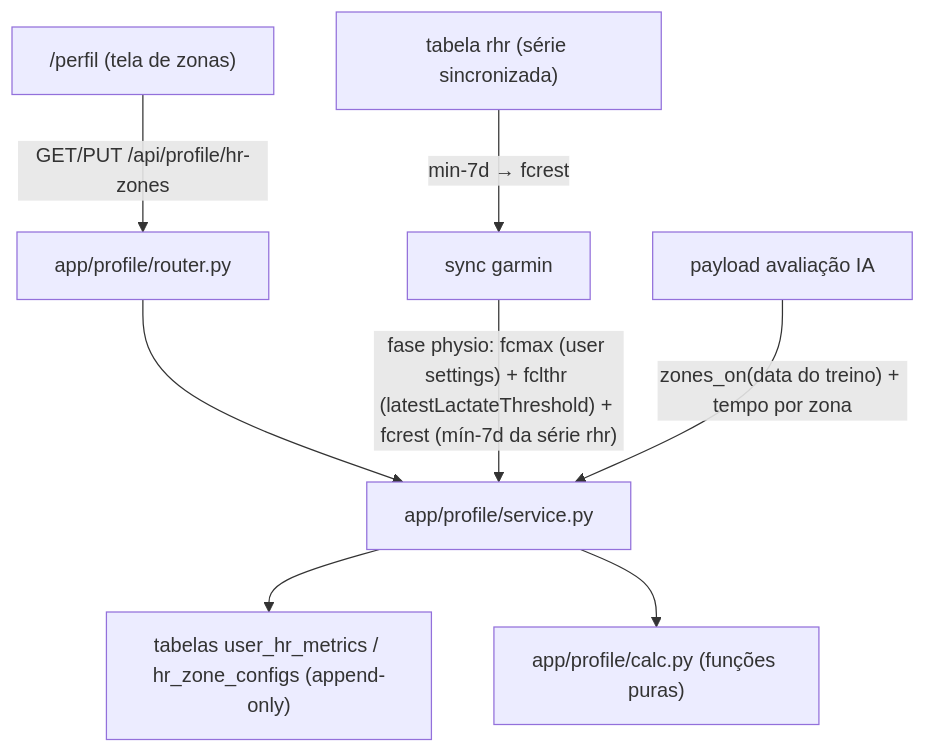
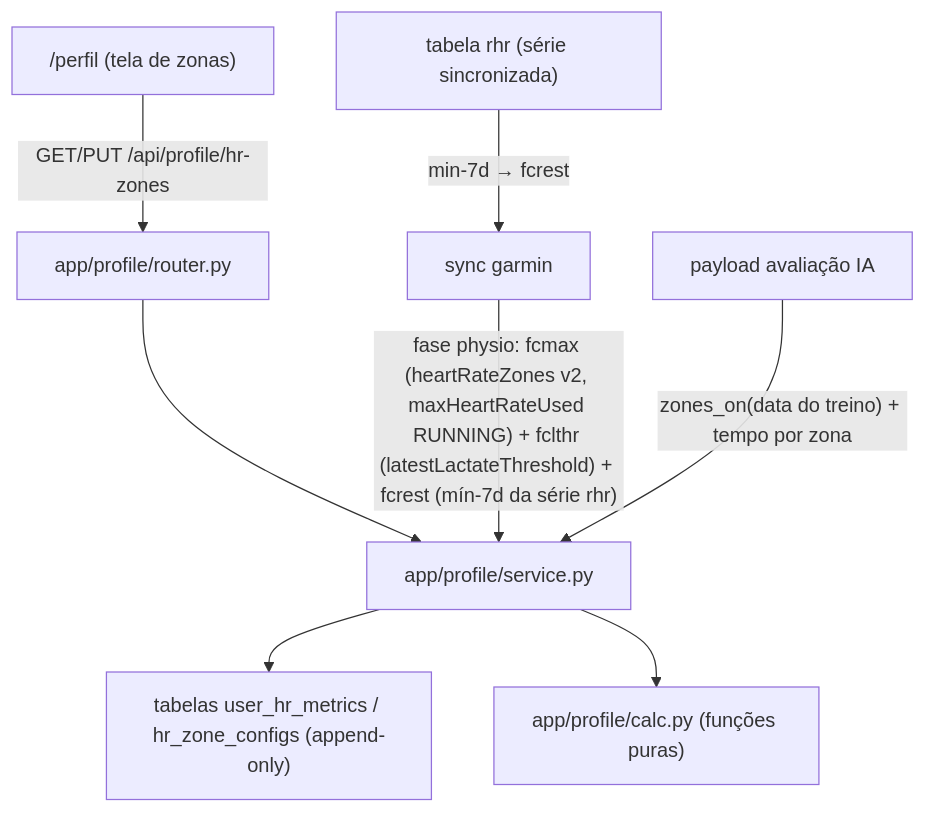
One commit to leonardocroda/ritmo changed the diagram in .specs/features/hr-zones/design.md. Above: the diagram before and after it, drawn with Mermaid. The commit also changed other lines of this file and 8 other files, not shown here.

Commit message:
fix(hr-zones): fcmax from auto-detected heart rate zones endpoint

````diff
--- a/.specs/features/hr-zones/design.md
+++ b/.specs/features/hr-zones/design.md
@@ -26,10 +26,10 @@
 ```mermaid
 graph TD
     UI["/perfil (tela de zonas)"] -->|"GET/PUT /api/profile/hr-zones"| R["app/profile/router.py"]
     R --> S["app/profile/service.py"]
     S --> M["tabelas user_hr_metrics / hr_zone_configs (append-only)"]
     S --> C["app/profile/calc.py (funções puras)"]
-    SYNC["sync garmin"] -->|"fase physio: fcmax (user settings) + fclthr (latestLactateThreshold) + fcrest (mín-7d da série rhr)"| S
+    SYNC["sync garmin"] -->|"fase physio: fcmax (heartRateZones v2, maxHeartRateUsed RUNNING) + fclthr (latestLactateThreshold) + fcrest (mín-7d da série rhr)"| S
     EVAL["payload avaliação IA"] -->|"zones_on(data do treino) + tempo por zona"| S
     RHR["tabela rhr (série sincronizada)"] -->|"min-7d → fcrest"| SYNC
 ```
````
